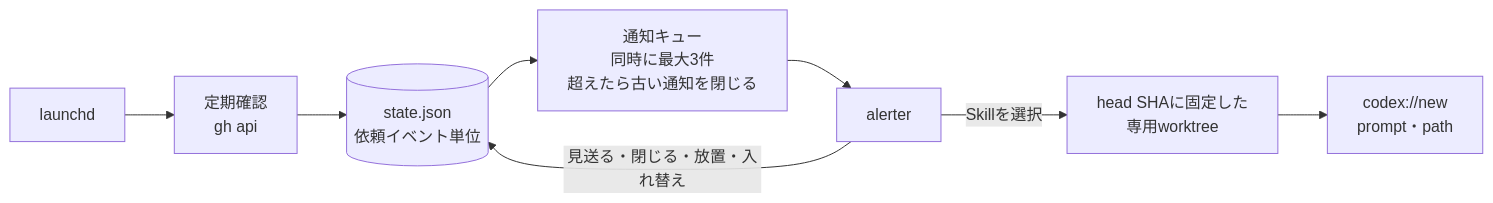
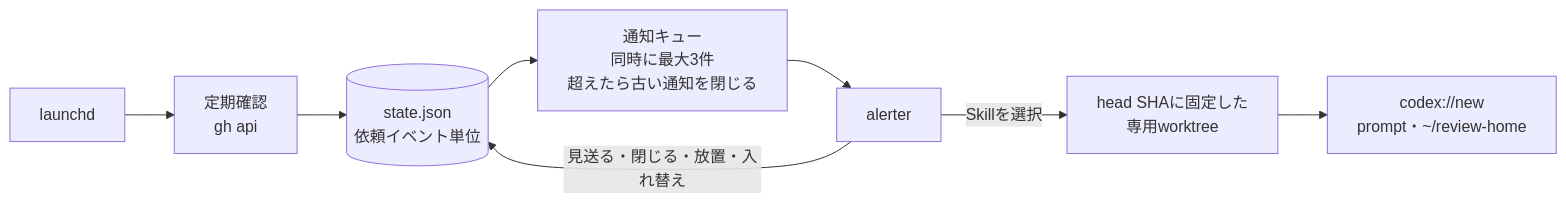
One commit to riii111/dotfiles changed the diagram in tools/review-notifier/README.md. Above: the diagram before and after it, drawn with Mermaid. The commit also changed other lines of this file and 5 other files, not shown here.

Commit message:
fix(review-notifier): open review chats in the shared review home

````diff
--- a/tools/review-notifier/README.md
+++ b/tools/review-notifier/README.md
@@ -6,10 +6,10 @@
 ```mermaid
 flowchart LR
   L[launchd] --> P[定期確認<br/>gh api]
   P --> S[(state.json<br/>依頼イベント単位)]
   S --> Q[通知キュー<br/>同時に最大3件<br/>超えたら古い通知を閉じる]
   Q --> A[alerter]
   A -->|Skillを選択| W[head SHAに固定した<br/>専用worktree]
-  W --> D[codex://new<br/>prompt・path]
+  W --> D[codex://new<br/>prompt・~/review-home]
   A -->|見送る・閉じる・放置・入れ替え| S
 ```
````
